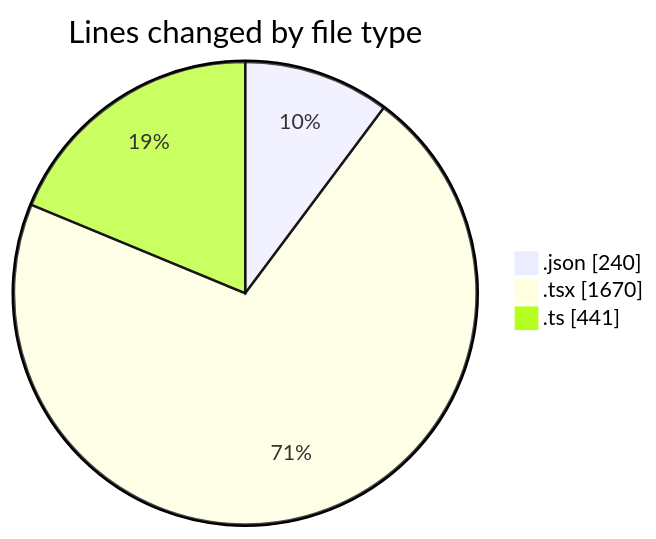
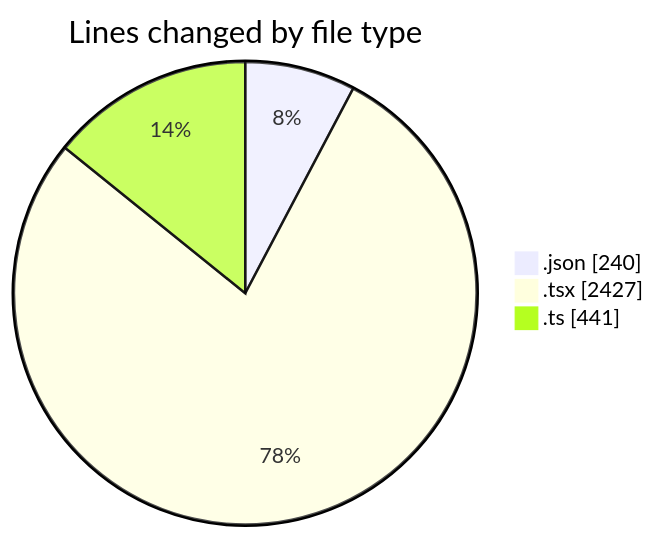
Before and after one commit to julien-gomy/code-tracking: the first of 2 diagrams in 2025-11-17/eventscop-frontend-guide__workspace_/README.md, drawn with Mermaid. The commit also changed other lines of this file and 1 other file, not shown here.

````diff
--- a/2025-11-17/eventscop-frontend-guide__workspace_/README.md
+++ b/2025-11-17/eventscop-frontend-guide__workspace_/README.md
@@ -31,7 +33,7 @@
 ```mermaid
 pie showData
 title Lines changed by file type
 ".json" : 240
-".tsx" : 1670
+".tsx" : 2427
 ".ts" : 441
 ```
````
